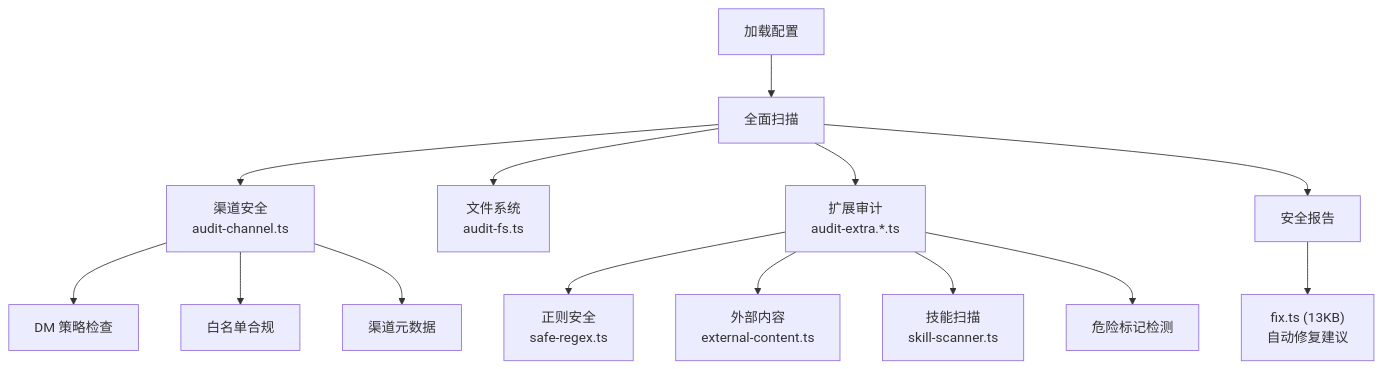
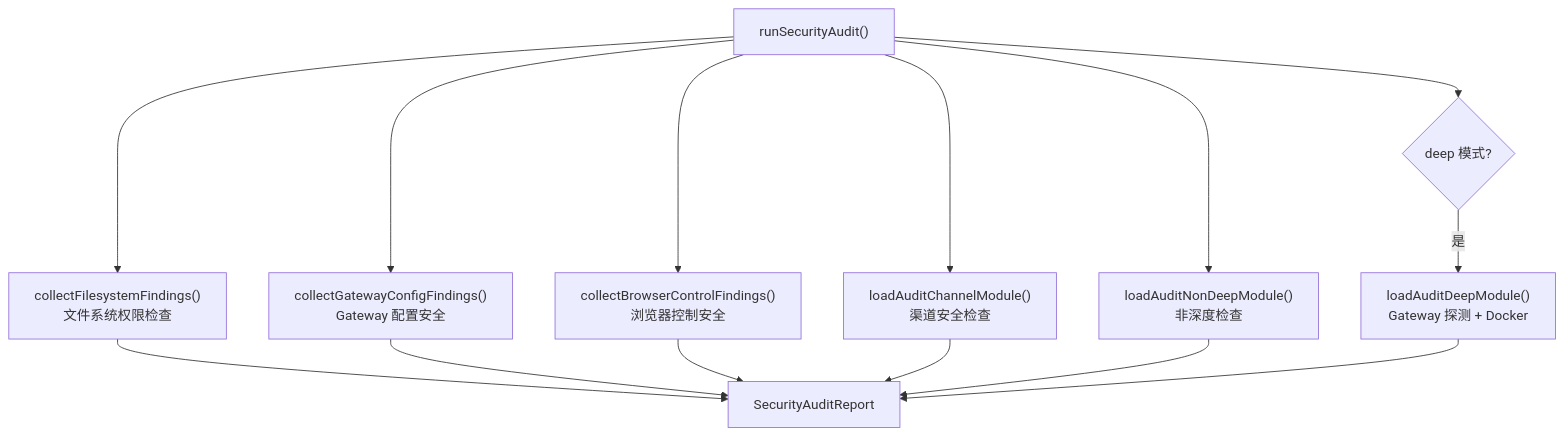
One commit to royalwang/openclaw changed the diagram in zh-docs/modules/security-model.md. Above: the diagram before and after it, drawn with Mermaid. The commit also changed other lines of this file and 8 other files, not shown here.

````diff
--- a/zh-docs/modules/security-model.md
+++ b/zh-docs/modules/security-model.md
@@ -49,19 +9,12 @@
 ```mermaid
 flowchart TD
-    CONFIG["加载配置"] --> SCAN["全面扫描"]
-    SCAN --> CH_AUDIT["渠道安全<br/>audit-channel.ts"]
-    SCAN --> FS_AUDIT["文件系统<br/>audit-fs.ts"]
-    SCAN --> EXT_AUDIT["扩展审计<br/>audit-extra.*.ts"]
-
-    CH_AUDIT --> DM_CHECK["DM 策略检查"]
-    CH_AUDIT --> ALLOW_CHECK["白名单合规"]
-    CH_AUDIT --> META["渠道元数据"]
-
-    EXT_AUDIT --> REGEX["正则安全<br/>safe-regex.ts"]
-    EXT_AUDIT --> CONTENT["外部内容<br/>external-content.ts"]
-    EXT_AUDIT --> SKILL["技能扫描<br/>skill-scanner.ts"]
-    EXT_AUDIT --> DANGER["危险标记检测"]
-
-    SCAN --> REPORT["安全报告"]
-    REPORT --> FIX_ENGINE["fix.ts (13KB)<br/>自动修复建议"]
+    AUDIT["runSecurityAudit()"] --> FS["collectFilesystemFindings()<br/>文件系统权限检查"]
+    AUDIT --> GW["collectGatewayConfigFindings()<br/>Gateway 配置安全"]
+    AUDIT --> BROWSER["collectBrowserControlFindings()<br/>浏览器控制安全"]
+    AUDIT --> CHANNEL["loadAuditChannelModule()<br/>渠道安全检查"]
+    AUDIT --> NONDEEP["loadAuditNonDeepModule()<br/>非深度检查"]
+    AUDIT --> DEEP{"deep 模式?"}
+    DEEP -->|是| DEEP_CHECK["loadAuditDeepModule()<br/>Gateway 探测 + Docker"]
+    
+    FS & GW & BROWSER & CHANNEL & NONDEEP & DEEP_CHECK --> REPORT["SecurityAuditReport"]
 ```
````
